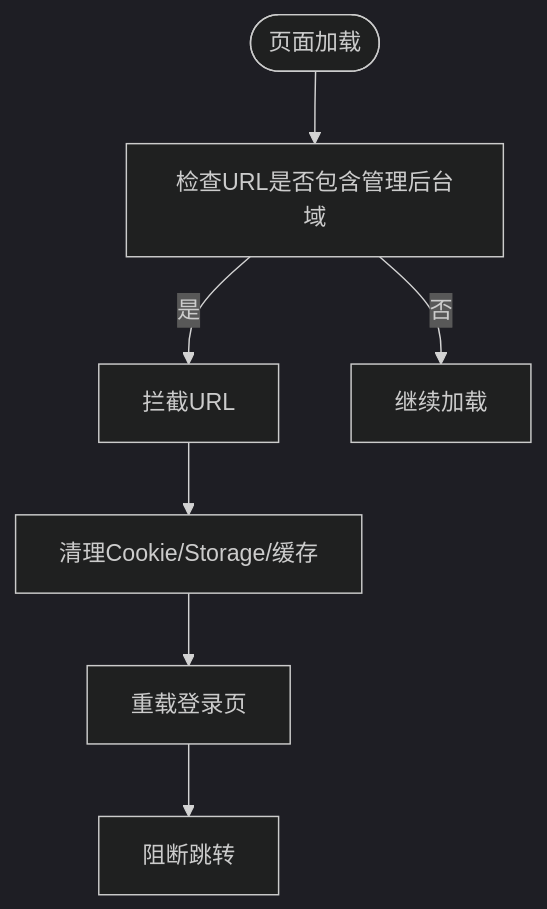
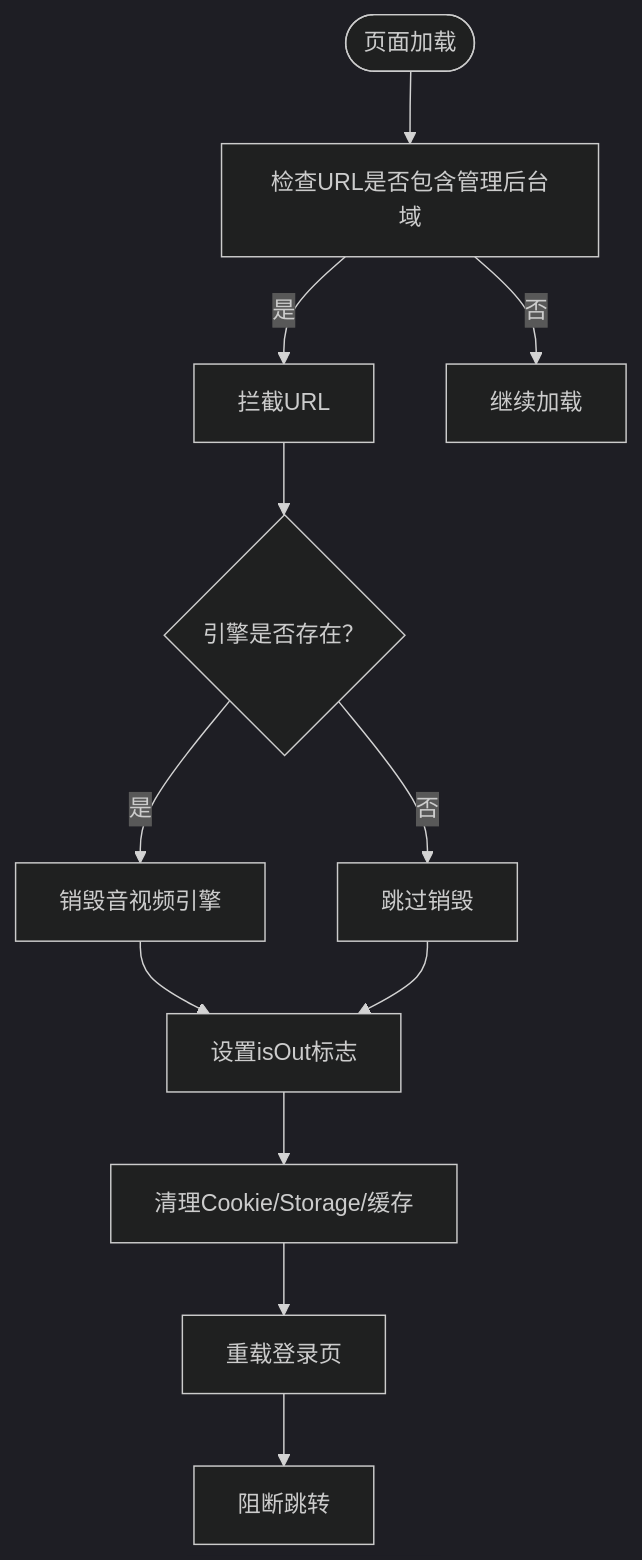
The fourth of 8 diagrams in .qoder/repowiki/zh/content/主要功能模块/WebView容器管理.md (huz1xuan/harmony_XDY), drawn with Mermaid (dark theme) before and after one commit. The commit also changed other lines of this file and 15 other files, not shown here.

````diff
--- a/.qoder/repowiki/zh/content/主要功能模块/WebView容器管理.md
+++ b/.qoder/repowiki/zh/content/主要功能模块/WebView容器管理.md
@@ -151,9 +163,14 @@
 ```mermaid
 flowchart TD
 Load(["页面加载"]) --> CheckURL["检查URL是否包含管理后台域"]
 CheckURL --> |是| Intercept["拦截URL"]
-Intercept --> Clear["清理Cookie/Storage/缓存"]
+Intercept --> EngineCheck{"引擎是否存在？"}
+EngineCheck --> |是| DestroyEngine["销毁音视频引擎"]
+EngineCheck --> |否| SkipDestroy["跳过销毁"]
+DestroyEngine --> SetFlag["设置isOut标志"]
+SkipDestroy --> SetFlag
+SetFlag --> Clear["清理Cookie/Storage/缓存"]
 Clear --> Reload["重载登录页"]
 Reload --> Block["阻断跳转"]
 CheckURL --> |否| Continue["继续加载"]
 ```
````
